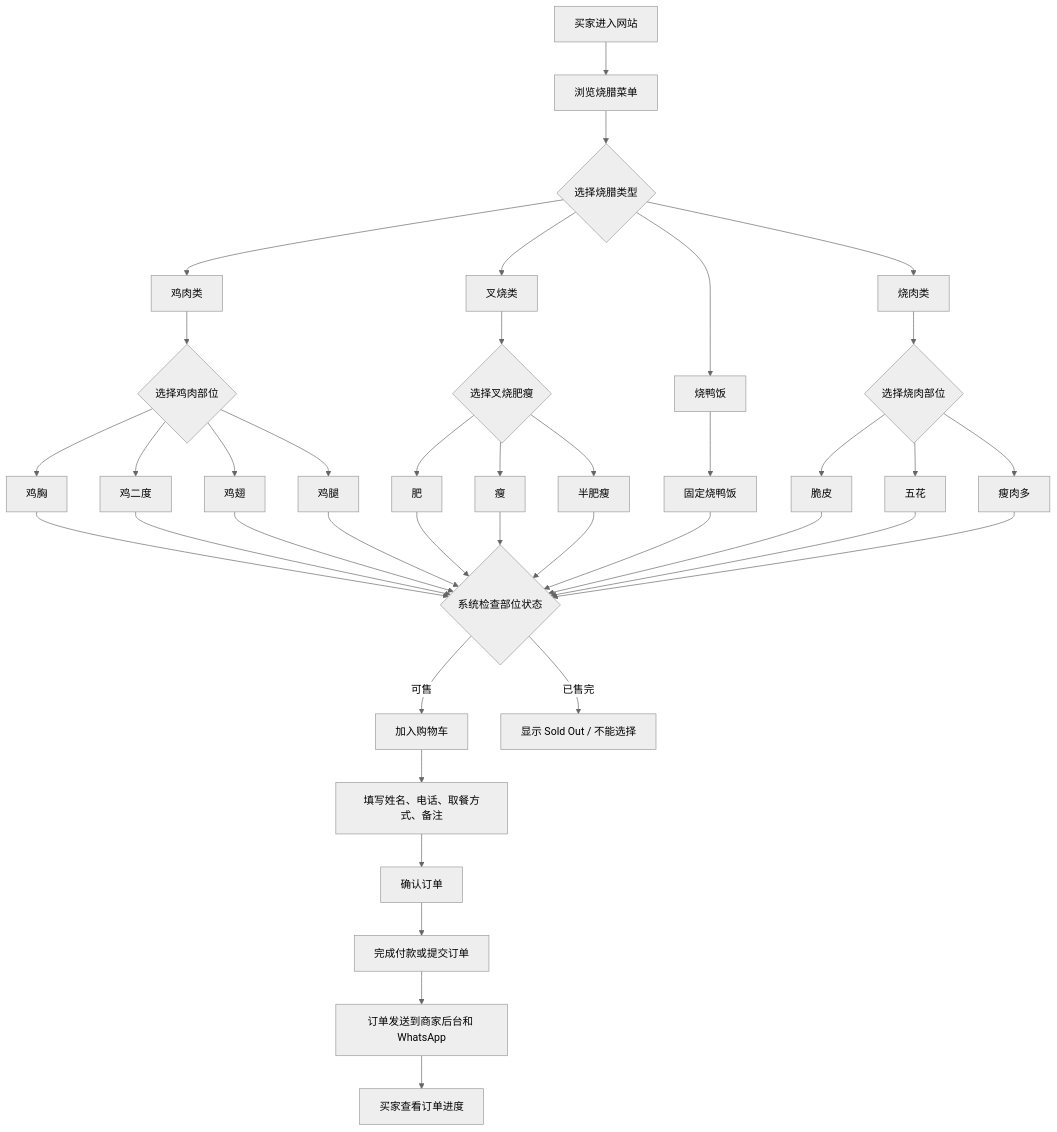
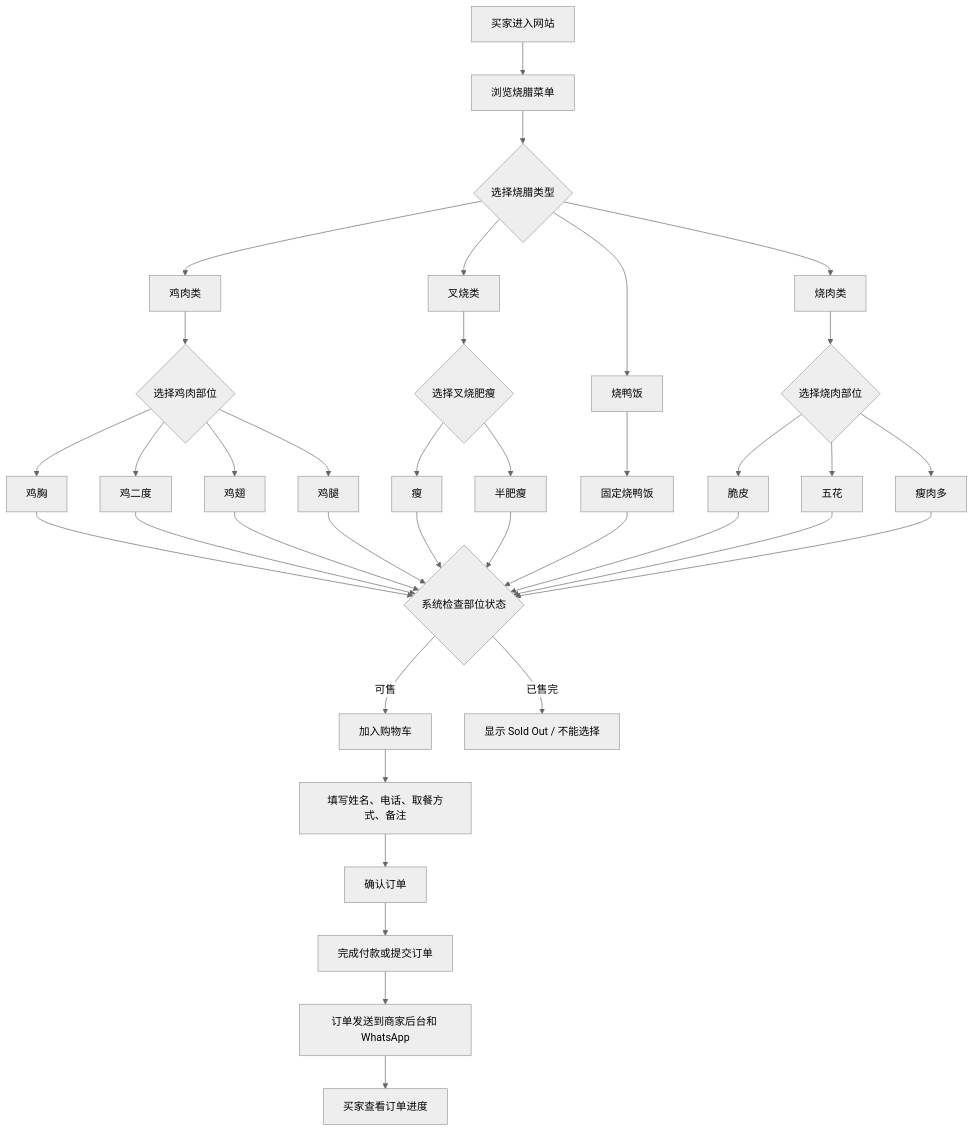
Before and after one commit to JadenT15/xianzaishoala: the first of 2 diagrams in docs/order-flowcharts.md, drawn with Mermaid (neutral theme). The commit also changed other lines of this file and 1 other file, not shown here.

Commit message:
Limit char siu choices

````diff
--- a/docs/order-flowcharts.md
+++ b/docs/order-flowcharts.md
@@ -5,49 +5,47 @@
 ```mermaid
 flowchart TD
     A[买家进入网站] --> B[浏览烧腊菜单]
     B --> C{选择烧腊类型}
 
     C --> D[鸡肉类]
     C --> E[叉烧类]
     C --> F[烧鸭饭]
     C --> G[烧肉类]
 
     D --> D1{选择鸡肉部位}
     D1 --> D2[鸡胸]
     D1 --> D3[鸡二度]
     D1 --> D4[鸡翅]
     D1 --> D5[鸡腿]
 
     E --> E1{选择叉烧肥瘦}
-    E1 --> E2[肥]
-    E1 --> E3[瘦]
-    E1 --> E4[半肥瘦]
+    E1 --> E2[瘦]
+    E1 --> E3[半肥瘦]
 
     F --> F1[固定烧鸭饭]
 
     G --> G1{选择烧肉部位}
     G1 --> G2[脆皮]
     G1 --> G3[五花]
     G1 --> G4[瘦肉多]
 
     D2 --> H{系统检查部位状态}
     D3 --> H
     D4 --> H
     D5 --> H
     E2 --> H
     E3 --> H
-    E4 --> H
     F1 --> H
     G2 --> H
     G3 --> H
     G4 --> H
 
     H -->|可售| I[加入购物车]
     H -->|已售完| J[显示 Sold Out / 不能选择]
 
     I --> K[填写姓名、电话、取餐方式、备注]
     K --> L[确认订单]
     L --> M[完成付款或提交订单]
     M --> N[订单发送到商家后台和 WhatsApp]
     N --> O[买家查看订单进度]
 ```
````
